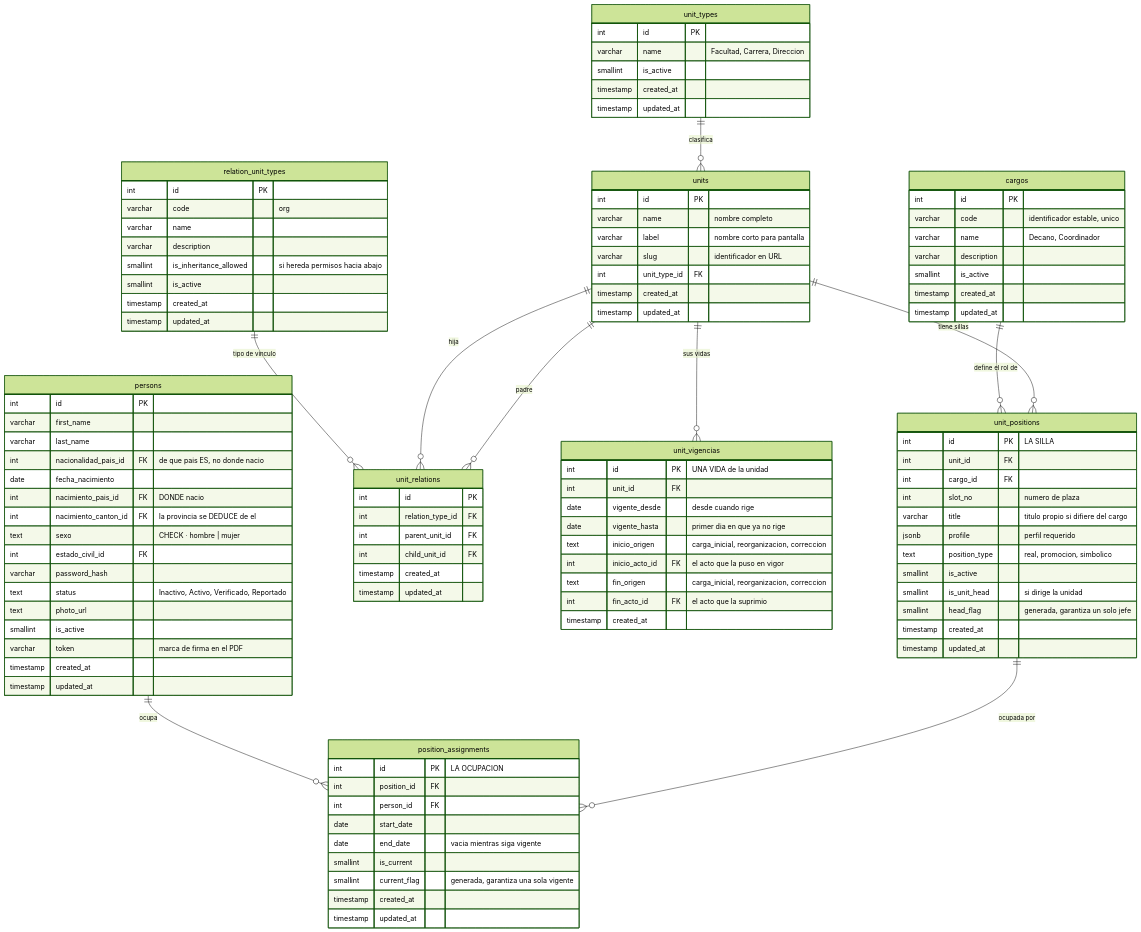
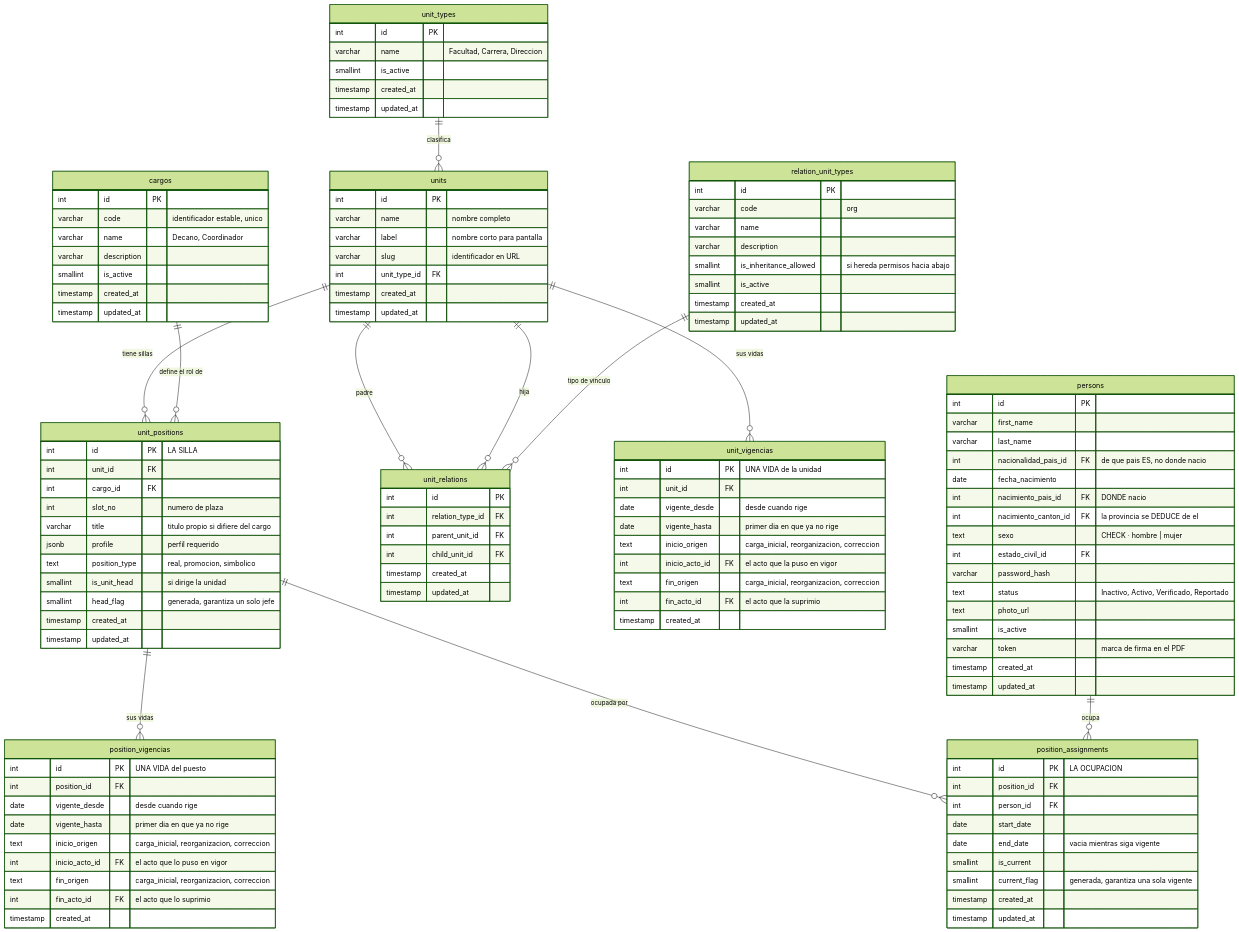
Before and after one commit to fresvel/deasy: the fourth of 4 diagrams in docs/src/content/docs/modelo/organizacion.md, drawn with Mermaid (forest theme). The commit also changed other lines of this file and 40 other files, not shown here.

First line of the commit message:
feat(modelo): un puesto tiene vidas, y con él is_active sale de los tres nodos de la estructura

```diff
--- a/docs/src/content/docs/modelo/organizacion.md
+++ b/docs/src/content/docs/modelo/organizacion.md
@@ -843,6 +852,7 @@
   units ||--o{ unit_relations : "padre"
   units ||--o{ unit_relations : "hija"
   units ||--o{ unit_vigencias : "sus vidas"
+  unit_positions ||--o{ position_vigencias : "sus vidas"
   relation_unit_types ||--o{ unit_relations : "tipo de vinculo"
   unit_positions ||--o{ position_assignments : "ocupada por"
   persons ||--o{ position_assignments : "ocupa"
@@ -872,6 +882,17 @@
     int inicio_acto_id FK "el acto que la puso en vigor"
     text fin_origen "carga_inicial, reorganizacion, correccion"
     int fin_acto_id FK "el acto que la suprimio"
+    timestamp created_at
+  }
+  position_vigencias {
+    int id PK "UNA VIDA del puesto"
+    int position_id FK
+    date vigente_desde "desde cuando rige"
+    date vigente_hasta "primer dia en que ya no rige"
+    text inicio_origen "carga_inicial, reorganizacion, correccion"
+    int inicio_acto_id FK "el acto que lo puso en vigor"
+    text fin_origen "carga_inicial, reorganizacion, correccion"
+    int fin_acto_id FK "el acto que lo suprimio"
     timestamp created_at
   }
   relation_unit_types {
@@ -909,7 +930,6 @@
     varchar title "titulo propio si difiere del cargo"
     jsonb profile "perfil requerido"
     text position_type "real, promocion, simbolico"
-    smallint is_active
     smallint is_unit_head "si dirige la unidad"
     smallint head_flag "generada, garantiza un solo jefe"
     timestamp created_at
```
